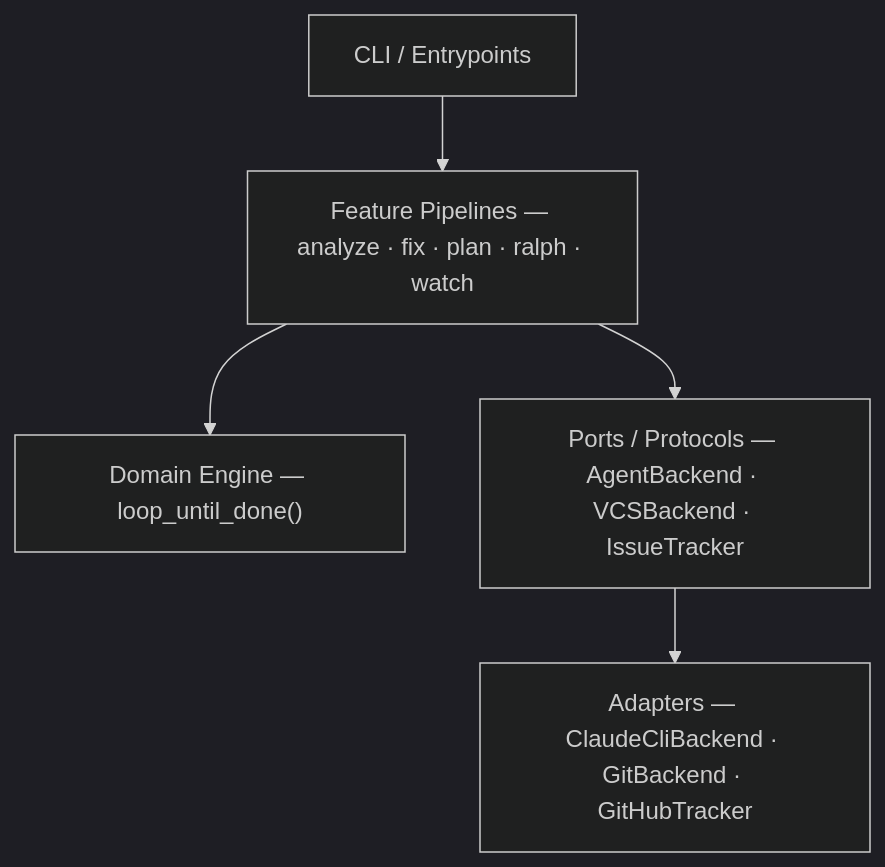
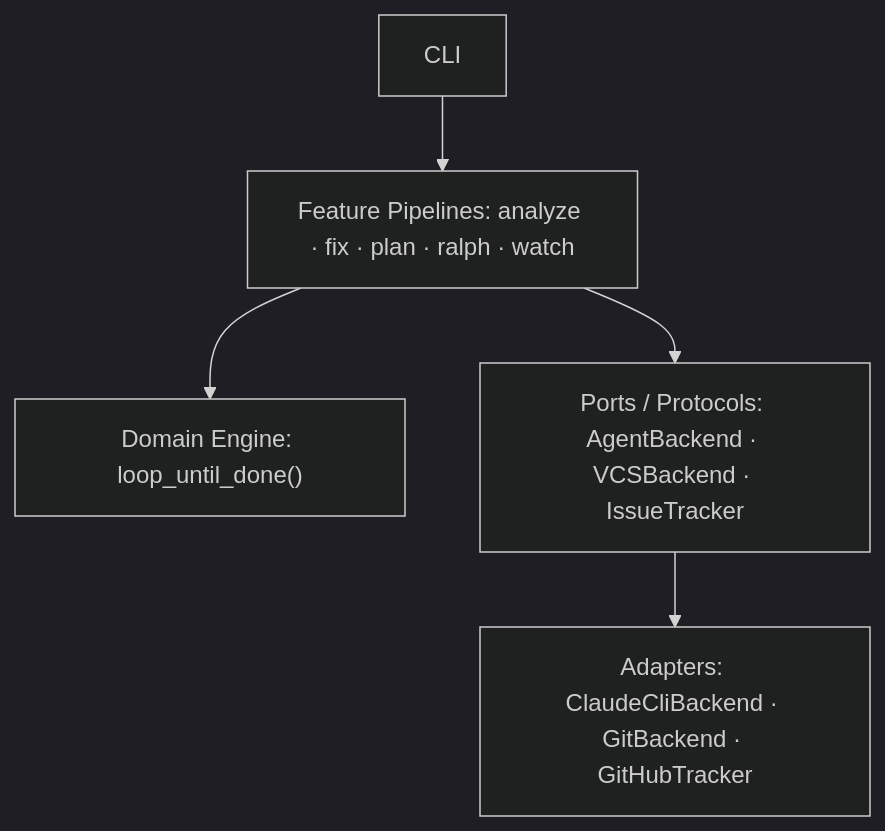
One commit to ooloth/agency-deprecated changed the diagram in README.md. Above: the diagram before and after it, drawn with Mermaid (dark theme).

Commit message:
readme: use colons

````diff
--- a/README.md
+++ b/README.md
@@ -22,8 +22,8 @@
 ```mermaid
 graph TD
-    CLI["CLI / Entrypoints"]
-    CLI --> Pipelines["Feature Pipelines — analyze · fix · plan · ralph · watch"]
-    Pipelines --> Engine["Domain Engine — loop_until_done()"]
-    Pipelines --> Ports["Ports / Protocols — AgentBackend · VCSBackend · IssueTracker"]
-    Ports --> Adapters["Adapters — ClaudeCliBackend · GitBackend · GitHubTracker"]
+    CLI["CLI"]
+    CLI --> Pipelines["Feature Pipelines: analyze · fix · plan · ralph · watch"]
+    Pipelines --> Engine["Domain Engine: loop_until_done()"]
+    Pipelines --> Ports["Ports / Protocols: AgentBackend · VCSBackend · IssueTracker"]
+    Ports --> Adapters["Adapters: ClaudeCliBackend · GitBackend · GitHubTracker"]
 ```
````
